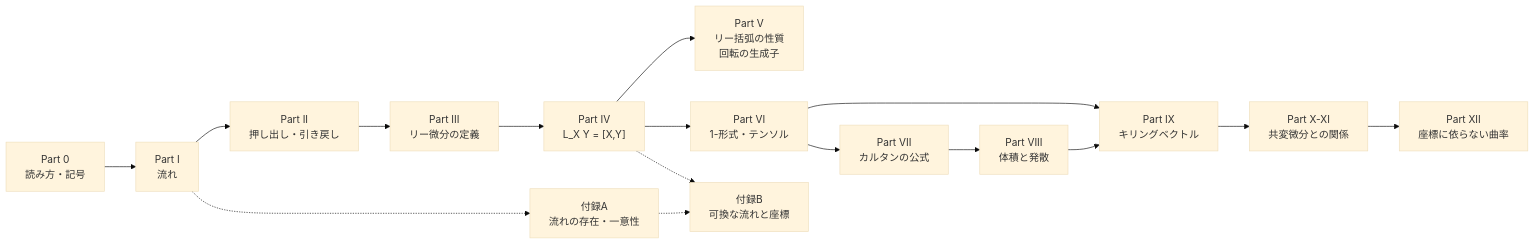
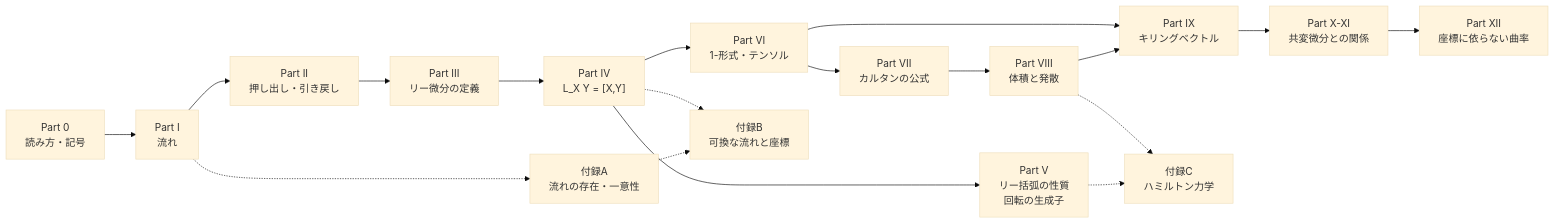
One commit to kazuma0606/quantum-study changed the diagram in 研究ノート/02_微分幾何/lie_derivative.md. Above: the diagram before and after it, drawn with Mermaid (base theme). The commit also changed other lines of this file and 2 other files, not shown here.

````diff
--- a/研究ノート/02_微分幾何/lie_derivative.md
+++ b/研究ノート/02_微分幾何/lie_derivative.md
@@ -151,26 +163,29 @@
 ```mermaid
 flowchart LR
     P0["Part 0<br/>読み方・記号"]
     P1["Part I<br/>流れ"]
     P2["Part II<br/>押し出し・引き戻し"]
     P3["Part III<br/>リー微分の定義"]
     P4["Part IV<br/>L_X Y = [X,Y]"]
     P5["Part V<br/>リー括弧の性質<br/>回転の生成子"]
     P6["Part VI<br/>1-形式・テンソル"]
     P7["Part VII<br/>カルタンの公式"]
     P8["Part VIII<br/>体積と発散"]
     P9["Part IX<br/>キリングベクトル"]
     P10["Part X-XI<br/>共変微分との関係"]
     P12["Part XII<br/>座標に依らない曲率"]
 
     P0 --> P1 --> P2 --> P3 --> P4 --> P5
     P4 --> P6 --> P7 --> P8
     P6 --> P9
     P8 --> P9
     P9 --> P10 --> P12
     A["付録A<br/>流れの存在・一意性"]
     P1 -.-> A
     B["付録B<br/>可換な流れと座標"]
     P4 -.-> B
     A -.-> B
+    C["付録C<br/>ハミルトン力学"]
+    P8 -.-> C
+    P5 -.-> C
 ```
````
